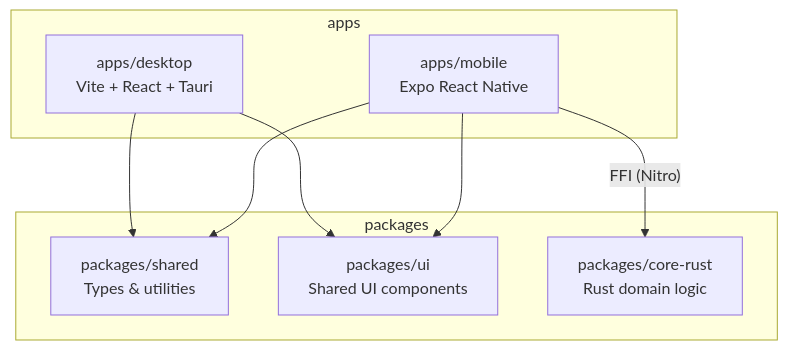
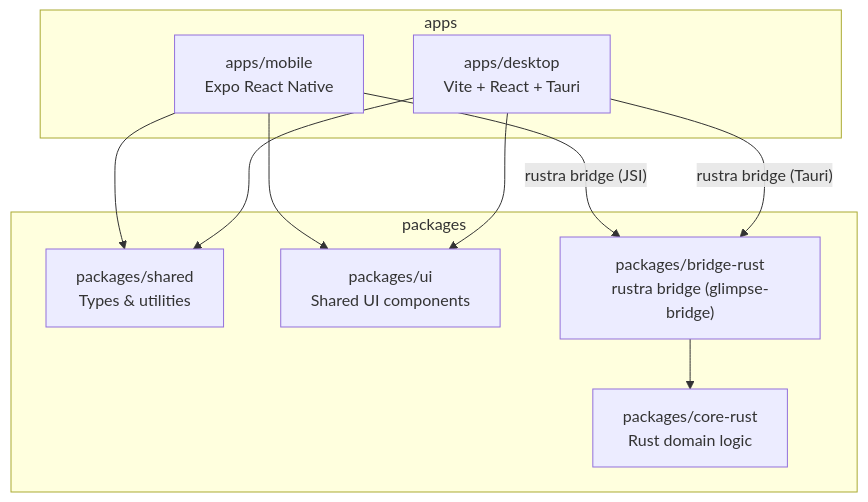
One commit to ll3-dev/Glimpse changed the first of 5 diagrams in README.md. Above: the diagram before and after it, drawn with Mermaid. The commit also changed other lines of this file and 10 other files, not shown here.

````diff
--- a/README.md
+++ b/README.md
@@ -41,19 +42,22 @@
 ```mermaid
 graph TB
   subgraph apps
     MOBILE["apps/mobile<br/>Expo React Native"]
     DESKTOP["apps/desktop<br/>Vite + React + Tauri"]
   end
 
   subgraph packages
     SHARED["packages/shared<br/>Types &amp; utilities"]
     UI["packages/ui<br/>Shared UI components"]
     CORE["packages/core-rust<br/>Rust domain logic"]
+    BRIDGE["packages/bridge-rust<br/>rustra bridge (glimpse-bridge)"]
   end
 
   MOBILE --> SHARED
   MOBILE --> UI
-  MOBILE -->|"FFI (Nitro)"| CORE
+  MOBILE -->|"rustra bridge (JSI)"| BRIDGE
   DESKTOP --> SHARED
   DESKTOP --> UI
+  DESKTOP -->|"rustra bridge (Tauri)"| BRIDGE
+  BRIDGE --> CORE
 ```
````
